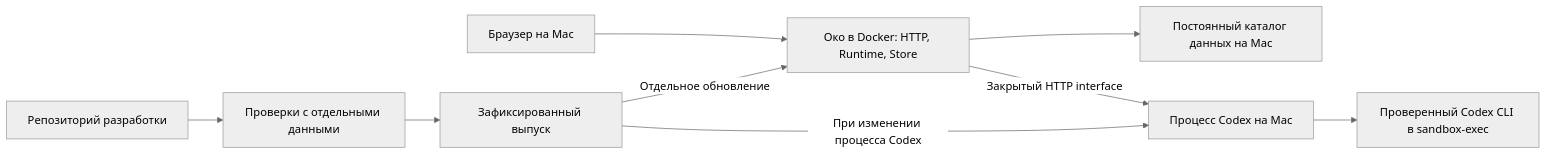
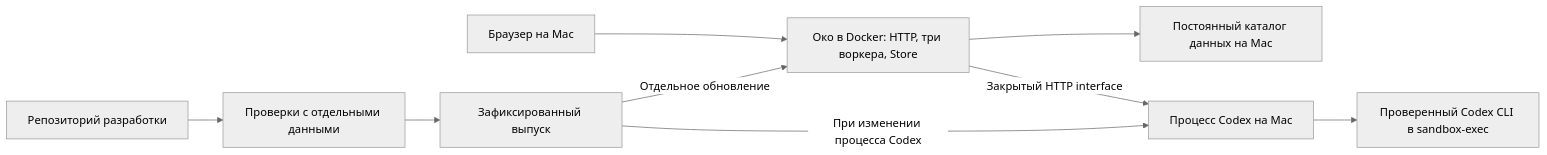
Before and after one commit to tgenman/oko: the diagram in docs/architecture/docker-runtime.md, drawn with Mermaid (neutral theme). The commit also changed other lines of this file and 97 other files, not shown here.

First line of the commit message:
Подготовить три независимых воркера пайплайна (#117)

````diff
--- a/docs/architecture/docker-runtime.md
+++ b/docs/architecture/docker-runtime.md
@@ -15,11 +15,11 @@
 ```mermaid
 flowchart LR
-    B[Браузер на Mac] --> O[Око в Docker: HTTP, Runtime, Store]
+    B[Браузер на Mac] --> O[Око в Docker: HTTP, три воркера, Store]
     O --> D[Постоянный каталог данных на Mac]
     O -->|Закрытый HTTP interface| H[Процесс Codex на Mac]
     H --> C[Проверенный Codex CLI в sandbox-exec]
     R[Репозиторий разработки] --> T[Проверки с отдельными данными]
     T --> I[Зафиксированный выпуск]
     I -->|Отдельное обновление| O
     I -->|При изменении процесса Codex| H
 ```
````
